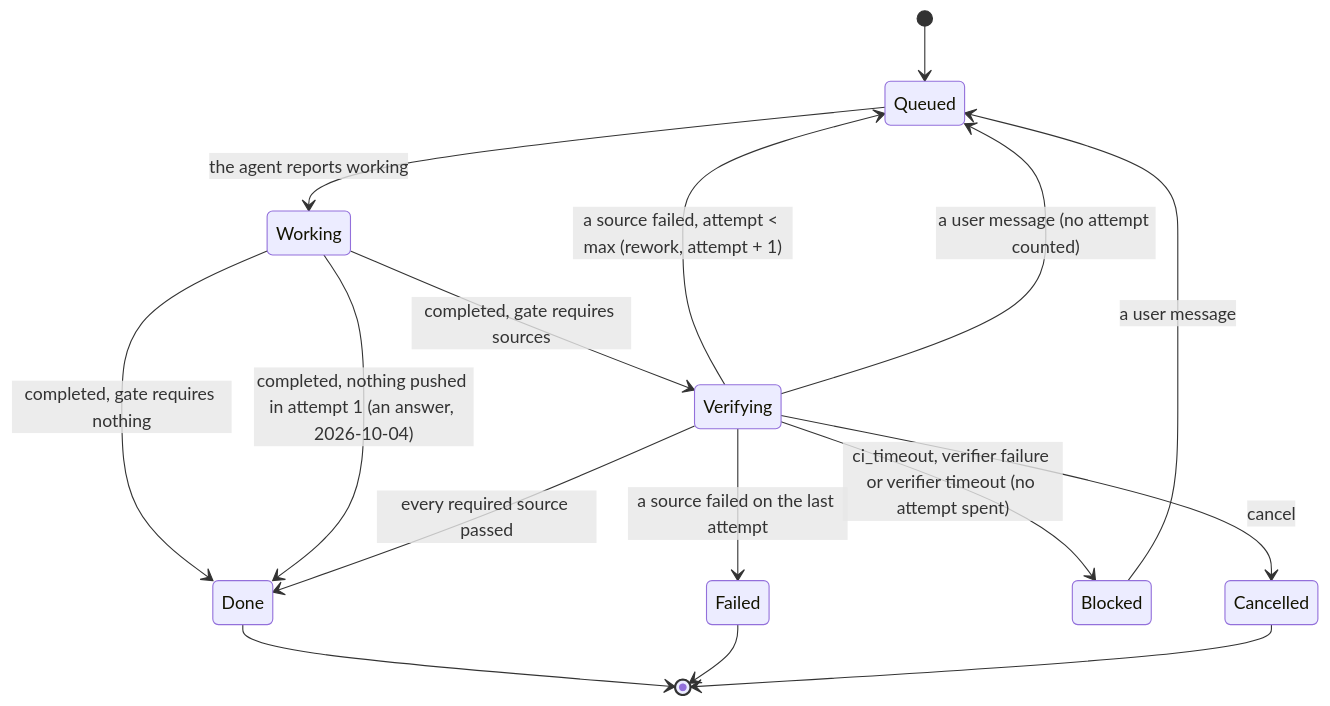
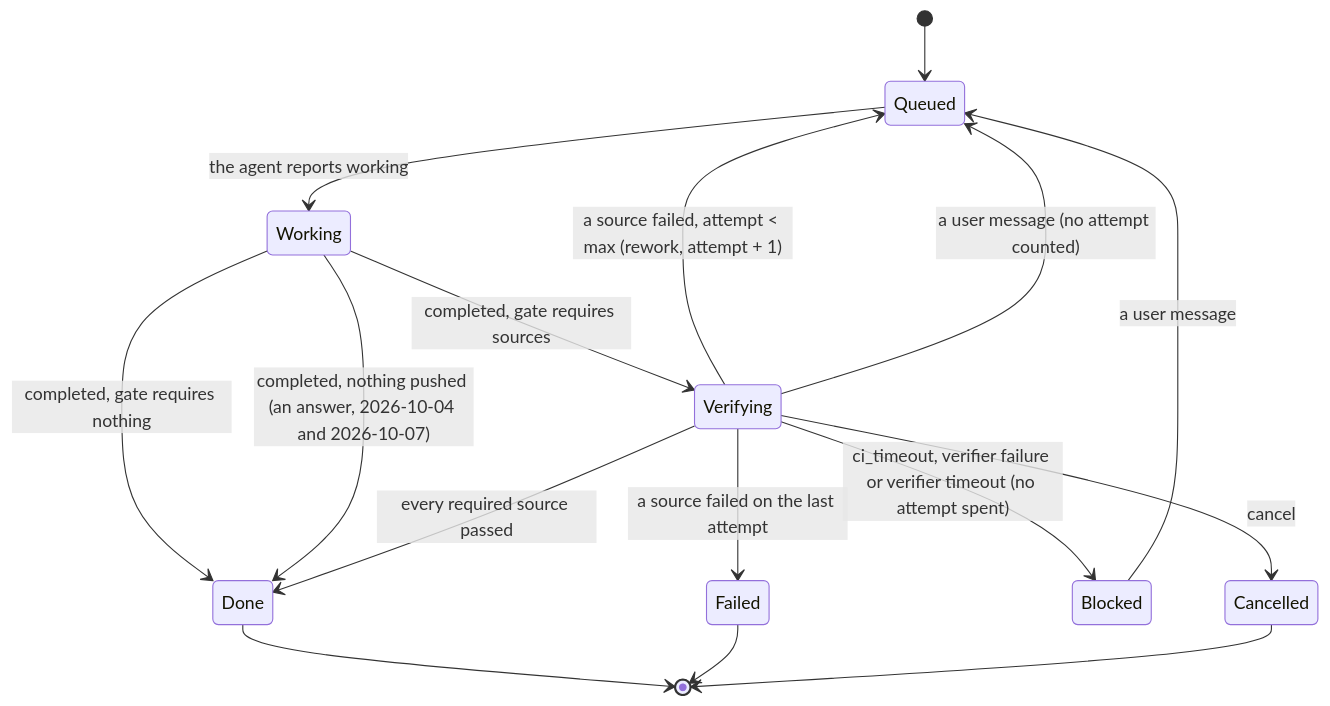
One commit to vymalo/another-agentic-system changed the second of 2 diagrams in docs/decisions/0018-verification-gate-and-rework-loop.md. Above: the diagram before and after it, drawn with Mermaid. The commit also changed other lines of this file and 154 other files, not shown here.

````diff
--- a/docs/decisions/0018-verification-gate-and-rework-loop.md
+++ b/docs/decisions/0018-verification-gate-and-rework-loop.md
@@ -164,18 +169,18 @@
 ```mermaid
 stateDiagram-v2
   [*] --> Queued
   Queued --> Working: the agent reports working
   Working --> Done: completed, gate requires nothing
-  Working --> Done: completed, nothing pushed in attempt 1 (an answer, 2026-10-04)
+  Working --> Done: completed, nothing pushed (an answer, 2026-10-04 and 2026-10-07)
   Working --> Verifying: completed, gate requires sources
   Verifying --> Done: every required source passed
   Verifying --> Queued: a source failed, attempt < max (rework, attempt + 1)
   Verifying --> Failed: a source failed on the last attempt
   Verifying --> Blocked: ci_timeout, verifier failure or verifier timeout (no attempt spent)
   Verifying --> Queued: a user message (no attempt counted)
   Verifying --> Cancelled: cancel
   Blocked --> Queued: a user message
   Done --> [*]
   Failed --> [*]
   Cancelled --> [*]
 ```
````
